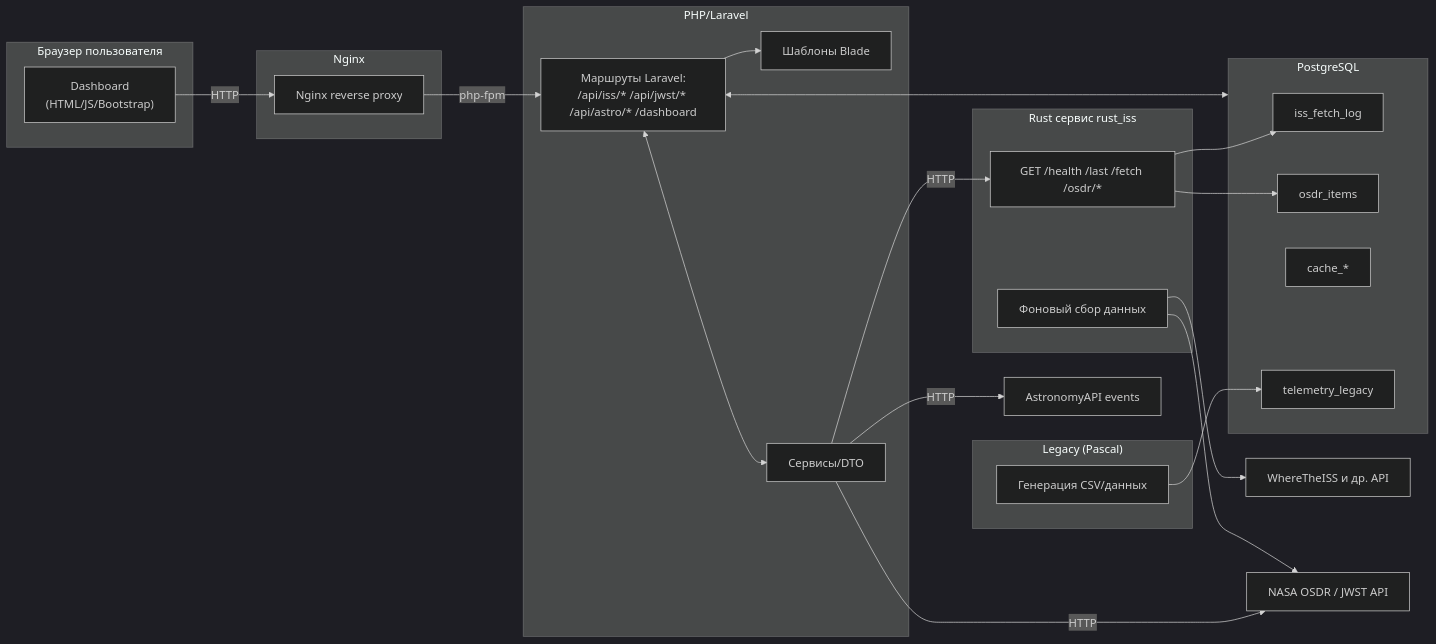
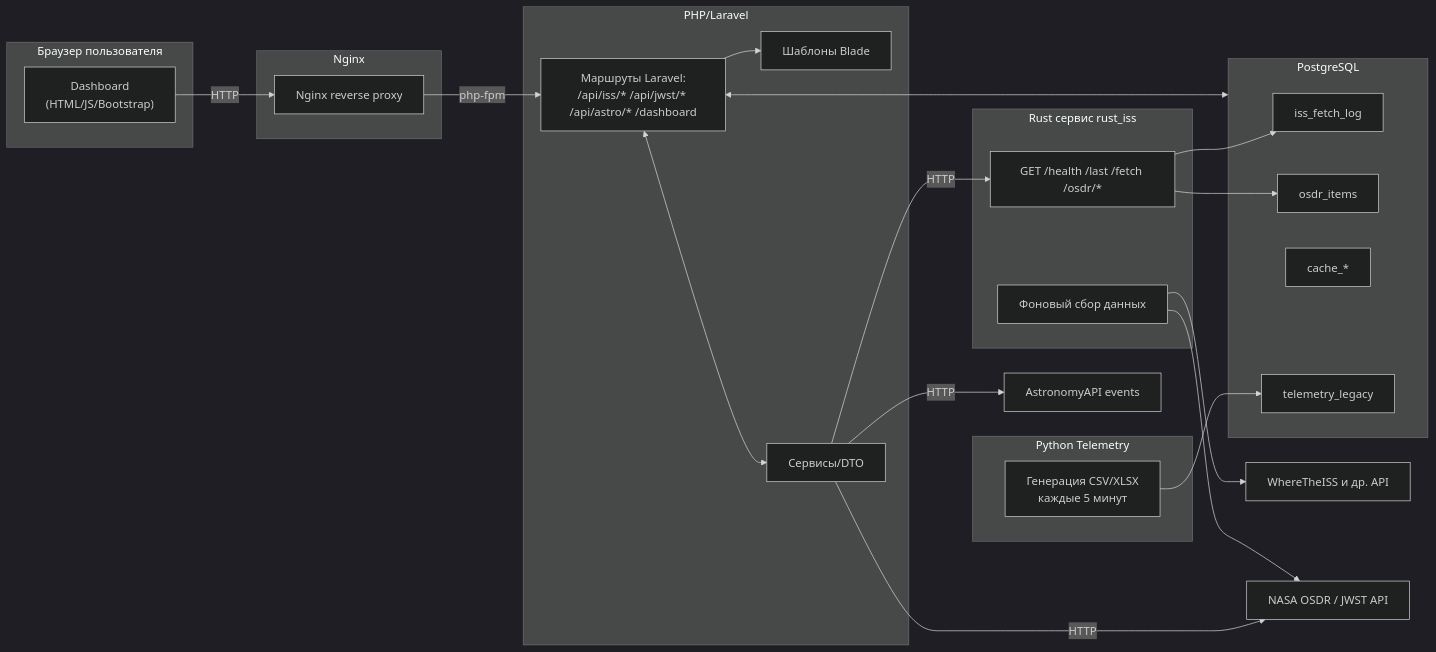
The first of 2 diagrams in Readme.md (KoLili12/he-path-of-the-samurai), drawn with Mermaid (dark theme) before and after one commit. The commit also changed other lines of this file and 1 other file, not shown here.

First line of the commit message:
chore: Удалить pascal-legacy сервис из проекта

````diff
--- a/Readme.md
+++ b/Readme.md
@@ -49,50 +50,50 @@
 ```mermaid
 flowchart LR
   subgraph Client["Браузер пользователя"]
     UI["Dashboard<br/>(HTML/JS/Bootstrap)"]
   end
 
   subgraph Edge["Nginx"]
     N["Nginx reverse proxy"]
   end
 
   subgraph Web["PHP/Laravel"]
     LAPI["Маршруты Laravel:<br/>/api/iss/* /api/jwst/* /api/astro/* /dashboard"]
     Views["Шаблоны Blade"]
     Services["Сервисы/DTO"]
   end
 
   subgraph Rust["Rust сервис rust_iss"]
     RAPI["GET /health /last /fetch /osdr/*"]
     Scheduler["Фоновый сбор данных"]
   end
 
   subgraph DB["PostgreSQL"]
     T1["iss_fetch_log"]
     T2["osdr_items"]
     T3["cache_*"]
     T4["telemetry_legacy"]
   end
 
-  subgraph Legacy["Legacy (Pascal)"]
-    Pascal["Генерация CSV/данных"]
+  subgraph Python["Python Telemetry"]
+    TelemetryGen["Генерация CSV/XLSX<br/>каждые 5 минут"]
   end
 
   Ext1["WhereTheISS и др. API"]
   Ext2["NASA OSDR / JWST API"]
   Ext3["AstronomyAPI events"]
 
   UI -->|HTTP| N
   N -->|php-fpm| LAPI
   LAPI --> Views
   LAPI <--> Services
   Services -->|HTTP| RAPI
   Services -->|HTTP| Ext2
   Services -->|HTTP| Ext3
   RAPI --> T1
   RAPI --> T2
   Scheduler --> Ext1
   Scheduler --> Ext2
-  Pascal --> T4
+  TelemetryGen --> T4
   DB <--> LAPI
 ```
````
